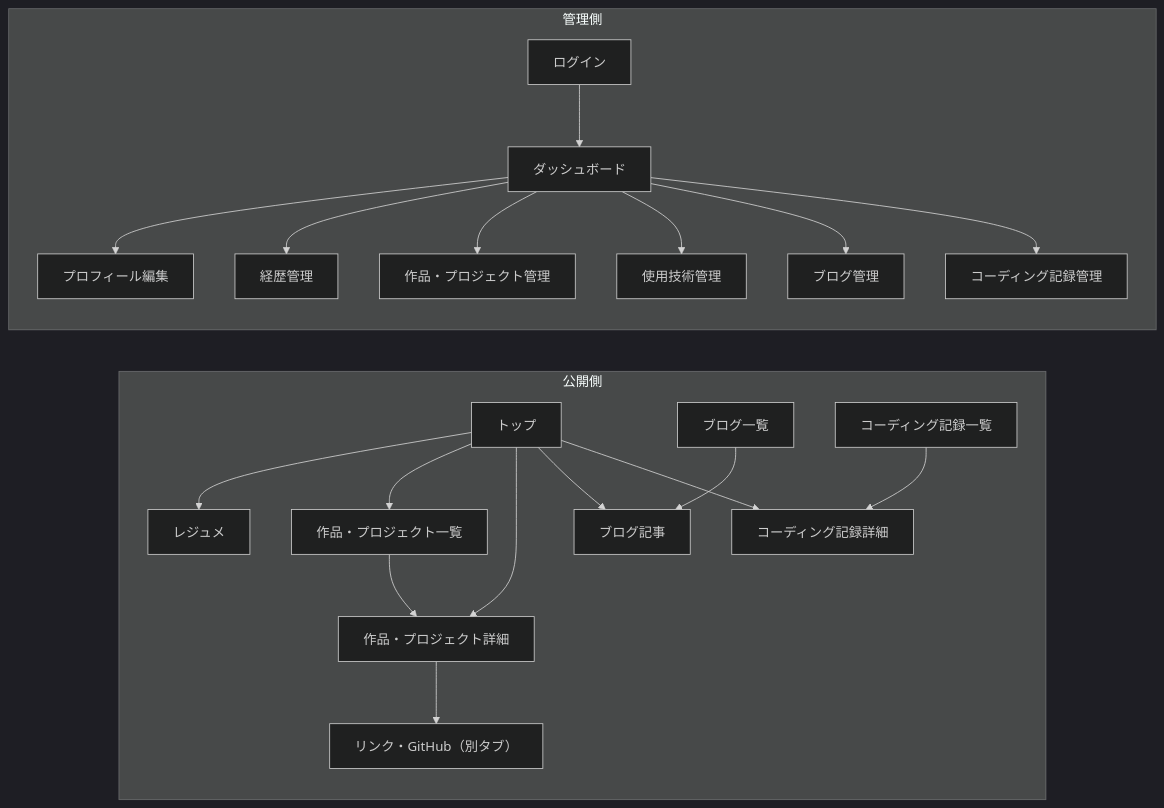
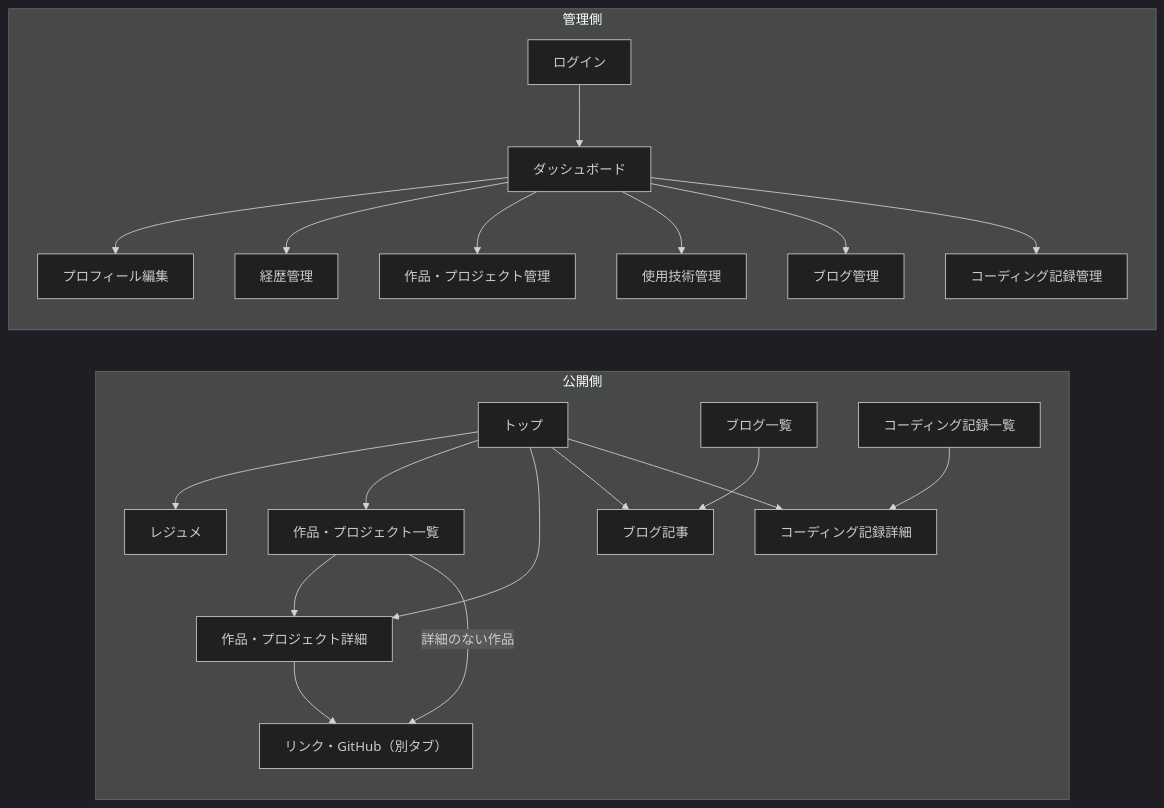
Before and after one commit to eastasann/eastx: the diagram in docs/brainstorm-notes.md, drawn with Mermaid (dark theme). The commit also changed other lines of this file, not shown here.

Commit message:
Make work detail pages optional in the brainstorm notes

````diff
--- a/docs/brainstorm-notes.md
+++ b/docs/brainstorm-notes.md
@@ -71,23 +74,24 @@
 ```mermaid
 flowchart LR
   subgraph 公開側
     Top[トップ] --> Resume[レジュメ]
     Top --> WorkList[作品・プロジェクト一覧]
     Top --> WorkDetail[作品・プロジェクト詳細]
     Top --> BlogPost[ブログ記事]
     Top --> CodingDetail[コーディング記録詳細]
     WorkList --> WorkDetail
+    WorkList -->|詳細のない作品| External
     WorkDetail --> External[リンク・GitHub（別タブ）]
     BlogList[ブログ一覧] --> BlogPost
     CodingList[コーディング記録一覧] --> CodingDetail
   end
   subgraph 管理側
     Login[ログイン] --> Dashboard[ダッシュボード]
     Dashboard --> ProfileEdit[プロフィール編集]
     Dashboard --> CareerAdmin[経歴管理]
     Dashboard --> WorkAdmin[作品・プロジェクト管理]
     Dashboard --> StackAdmin[使用技術管理]
     Dashboard --> BlogAdmin[ブログ管理]
     Dashboard --> CodingAdmin[コーディング記録管理]
   end
 ```
````
